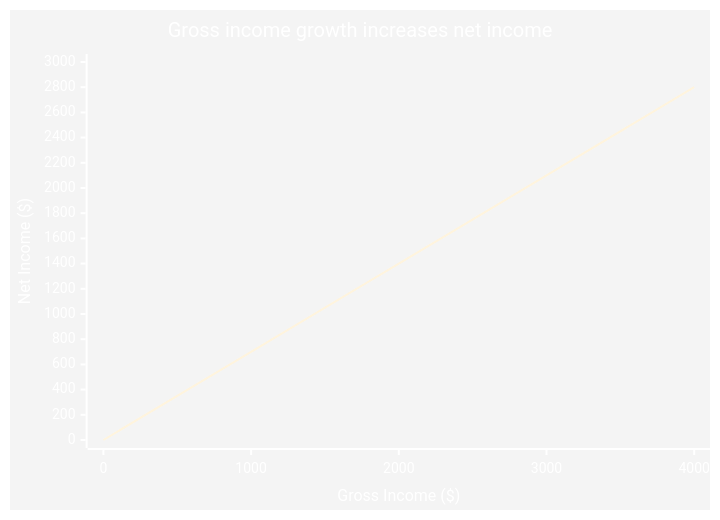
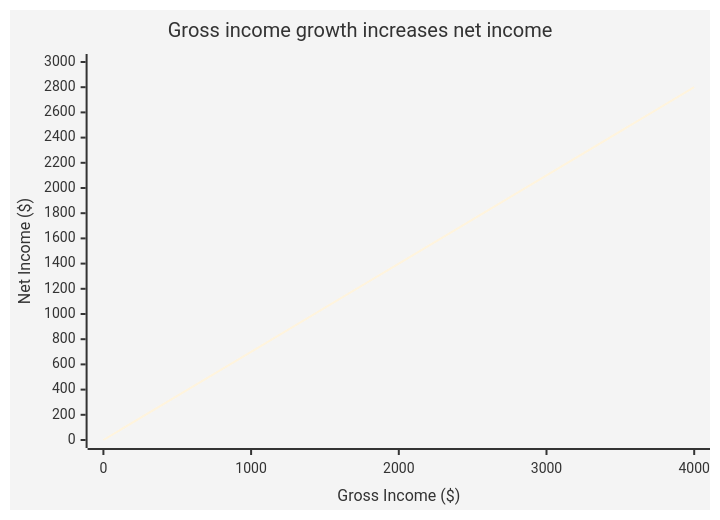
The second of 4 diagrams in notes/economy/justice.md (sergey-shandar/public), drawn with Mermaid before and after one commit. The commit also changed other lines of this file, not shown here.

Commit message:
Based on the git diff, I can see that color theming was added to the Mermaid charts in the justice.md file. Each chart now has a `%%{init: {"theme": "base", "themeVariables": {"primaryColor": "#<color>"}}}%%` directive with different colors.

````diff
--- a/notes/economy/justice.md
+++ b/notes/economy/justice.md
@@ -25,8 +25,8 @@
 ```mermaid
-%%{init: {'theme':'base', 'themeVariables': {'primaryColor':'#4ecdc4', 'primaryTextColor':'#fff', 'primaryBorderColor':'#4ecdc4', 'lineColor':'#5490cc', 'secondaryColor':'#ffda79', 'tertiaryColor':'#fff'}}}%%
+%%{init: {"theme": "base", "themeVariables": {"primaryColor": "#4ecdc4"}}}%%
 xychart-beta
     title "Gross income growth increases net income"
     x-axis "Gross Income ($)" [0, 1000, 2000, 3000, 4000]
     y-axis "Net Income ($)" 0 --> 3000
-    line "Net Income" [0, 700, 1400, 2100, 2800]
+    line [0, 700, 1400, 2100, 2800]
 ```
````
